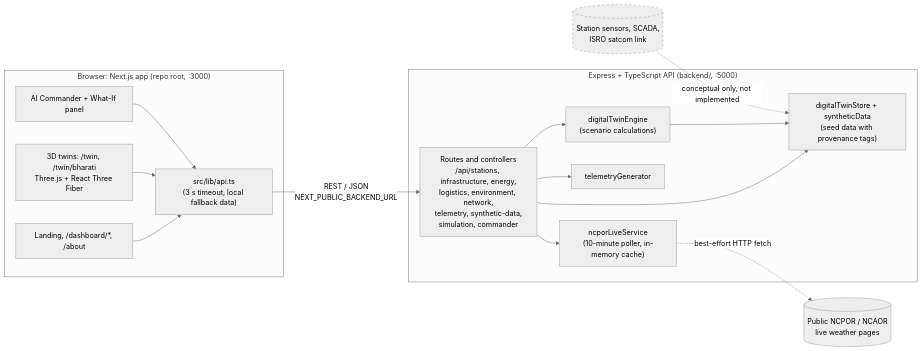
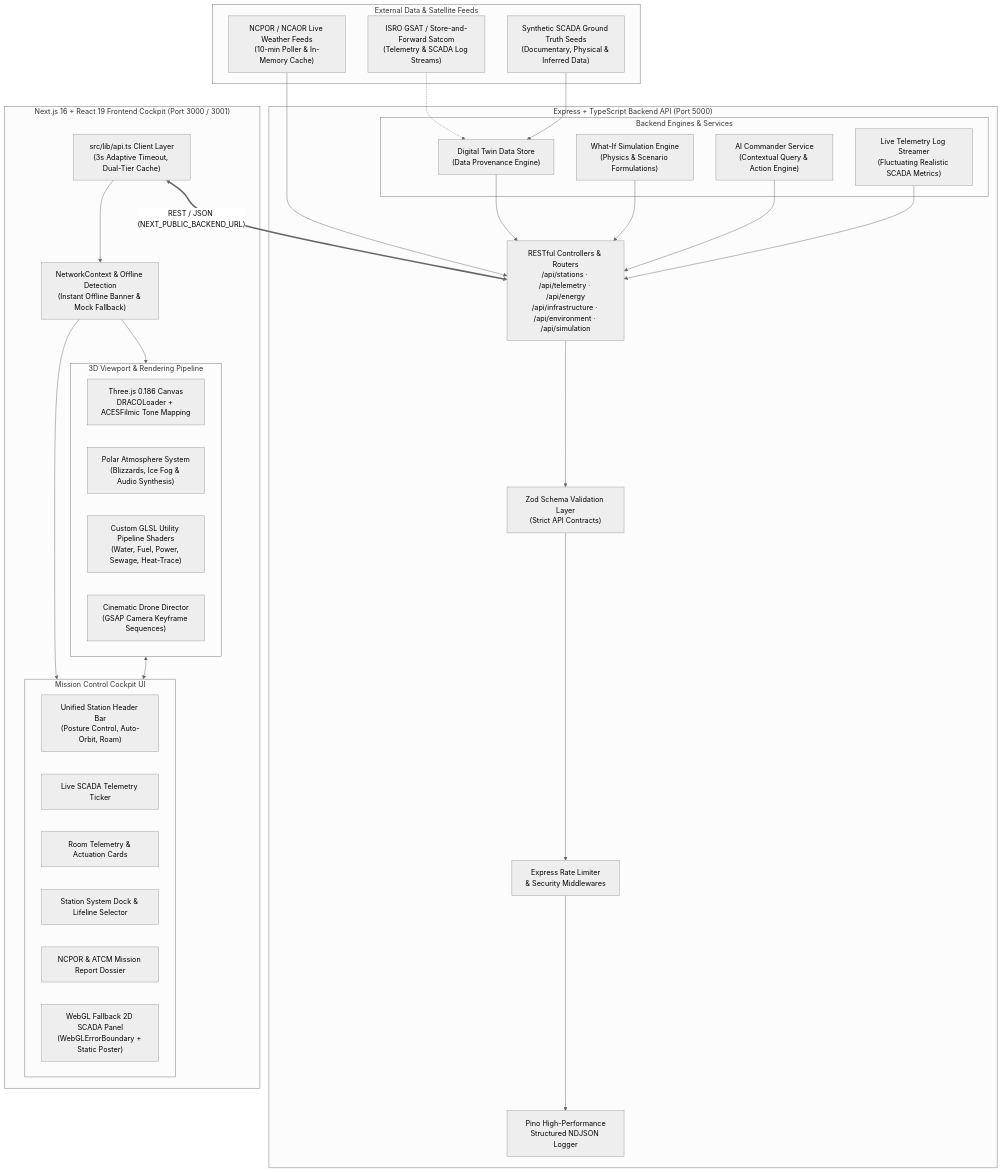
The diagram in README.md (Intell-Alpha/Antarctica_Digital_twin), drawn with Mermaid (neutral theme) before and after one commit. The commit also changed other lines of this file and 1 other file, not shown here.

Commit message:
docs: finalize root README with system architecture, setup guide, and tech stack

````diff
--- a/README.md
+++ b/README.md
@@ -59,31 +71,61 @@
 ```mermaid
-flowchart LR
-  subgraph Browser["Browser: Next.js app (repo root, :3000)"]
-    UI["Landing, /dashboard/*, /about"]
-    TWIN["3D twins: /twin, /twin/bharati<br/>Three.js + React Three Fiber"]
-    CMD["AI Commander + What-If panel"]
-    API["src/lib/api.ts<br/>(3 s timeout, local fallback data)"]
-    UI --> API
-    TWIN --> API
-    CMD --> API
+flowchart TB
+  subgraph DataSources["External Data & Satellite Feeds"]
+    NCPOR_WEATHER["NCPOR / NCAOR Live Weather Feeds<br/>(10-min Poller & In-Memory Cache)"]
+    SATCOM["ISRO GSAT / Store-and-Forward Satcom<br/>(Telemetry & SCADA Log Streams)"]
+    SIM_SEEDS["Synthetic SCADA Ground Truth Seeds<br/>(Documentary, Physical & Inferred Data)"]
   end
 
-  subgraph Backend["Express + TypeScript API (backend/, :5000)"]
-    ROUTES["Routes and controllers<br/>/api/stations, infrastructure, energy,<br/>logistics, environment, network,<br/>telemetry, synthetic-data,<br/>simulation, commander"]
-    ENGINE["digitalTwinEngine<br/>(scenario calculations)"]
-    GEN["telemetryGenerator"]
-    STORE["digitalTwinStore + syntheticData<br/>(seed data with provenance tags)"]
-    LIVE["ncporLiveService<br/>(10-minute poller, in-memory cache)"]
-    ROUTES --> ENGINE
-    ROUTES --> GEN
-    ROUTES --> STORE
-    ROUTES --> LIVE
-    ENGINE --> STORE
+  subgraph Backend["Express + TypeScript Backend API (Port 5000)"]
+    RATE_LIMIT["Express Rate Limiter<br/>& Security Middlewares"]
+    PINO_LOGGER["Pino High-Performance<br/>Structured NDJSON Logger"]
+    ZOD_VALIDATION["Zod Schema Validation Layer<br/>(Strict API Contracts)"]
+    
+    subgraph CoreServices["Backend Engines & Services"]
+      STORE["Digital Twin Data Store<br/>(Data Provenance Engine)"]
+      SIM_ENGINE["What-If Simulation Engine<br/>(Physics & Scenario Formulations)"]
+      COMMANDER["AI Commander Service<br/>(Contextual Query & Action Engine)"]
+      TELEMETRY_GEN["Live Telemetry Log Streamer<br/>(Fluctuating Realistic SCADA Metrics)"]
+    end
+    
+    ROUTES["RESTful Controllers & Routers<br/>/api/stations · /api/telemetry · /api/energy<br/>/api/infrastructure · /api/environment · /api/simulation"]
   end
 
-  API -- "REST / JSON<br/>NEXT_PUBLIC_BACKEND_URL" --> ROUTES
-  LIVE -. "best-effort HTTP fetch" .-> NCPOR[("Public NCPOR / NCAOR<br/>live weather pages")]
-  SENSORS[("Station sensors, SCADA,<br/>ISRO satcom link")]:::concept -. "conceptual only, not implemented" .-> STORE
+  subgraph Frontend["Next.js 16 + React 19 Frontend Cockpit (Port 3000 / 3001)"]
+    API_CLIENT["src/lib/api.ts Client Layer<br/>(3s Adaptive Timeout, Dual-Tier Cache)"]
+    NET_CTX["NetworkContext & Offline Detection<br/>(Instant Offline Banner & Mock Fallback)"]
+    
+    subgraph VisualEngines["3D Viewport & Rendering Pipeline"]
+      THREE_SCENE["Three.js 0.186 Canvas<br/>DRACOLoader + ACESFilmic Tone Mapping"]
+      BLIZZARD_SYS["Polar Atmosphere System<br/>(Blizzards, Ice Fog & Audio Synthesis)"]
+      LIFELINE_SHADERS["Custom GLSL Utility Pipeline Shaders<br/>(Water, Fuel, Power, Sewage, Heat-Trace)"]
+      DRONE_DIRECTOR["Cinematic Drone Director<br/>(GSAP Camera Keyframe Sequences)"]
+    end
+    
+    subgraph UIComponents["Mission Control Cockpit UI"]
+      HEADER_BAR["Unified Station Header Bar<br/>(Posture Control, Auto-Orbit, Roam)"]
+      TELEMETRY_TICKER["Live SCADA Telemetry Ticker"]
+      ROOM_CARDS["Room Telemetry & Actuation Cards"]
+      SYSTEM_DOCK["Station System Dock & Lifeline Selector"]
+      DOSSIER_MODAL["NCPOR & ATCM Mission Report Dossier"]
+      FALLBACK_HUD["WebGL Fallback 2D SCADA Panel<br/>(WebGLErrorBoundary + Static Poster)"]
+    end
+  end
 
-  classDef concept stroke-dasharray: 5 5;
+  %% Data Connections
+  NCPOR_WEATHER --> ROUTES
+  SATCOM -.-> STORE
+  SIM_SEEDS --> STORE
+
+  ROUTES --> ZOD_VALIDATION --> RATE_LIMIT --> PINO_LOGGER
+  STORE --> ROUTES
+  SIM_ENGINE --> ROUTES
+  COMMANDER --> ROUTES
+  TELEMETRY_GEN --> ROUTES
+
+  API_CLIENT <== "REST / JSON (NEXT_PUBLIC_BACKEND_URL)" ==> ROUTES
+  API_CLIENT --> NET_CTX
+  NET_CTX --> UIComponents
+  NET_CTX --> VisualEngines
+  VisualEngines <--> UIComponents
 ```
````
